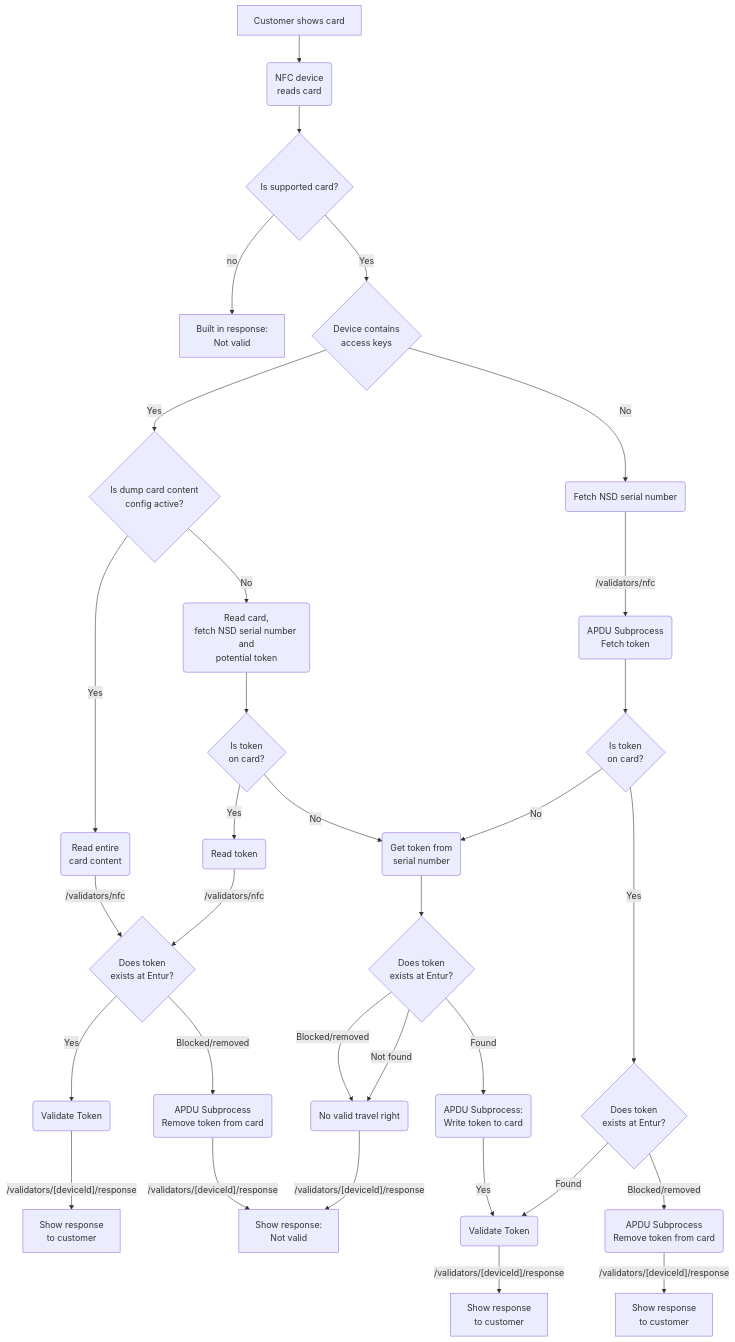
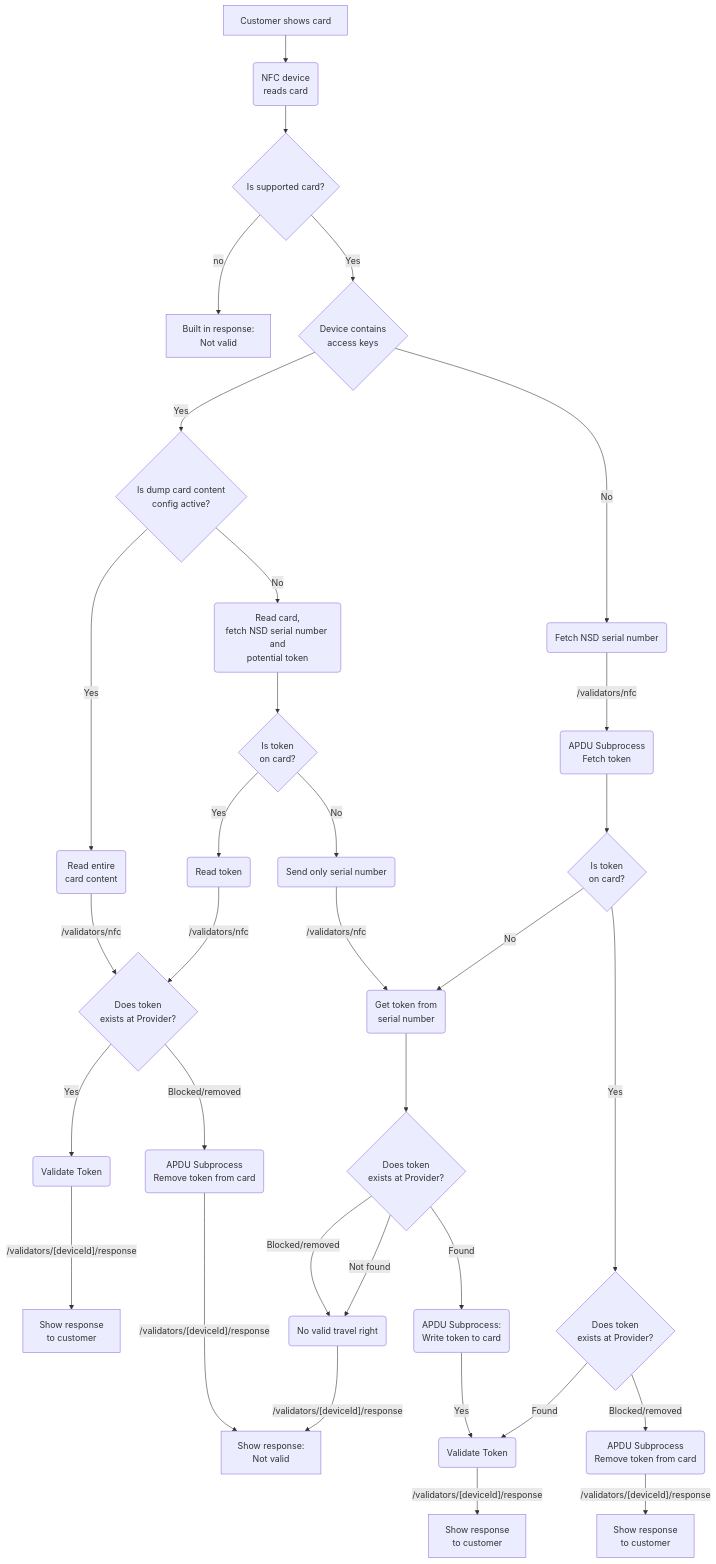
Before and after one commit to mrfylke/frammr-mqtt-validator: the diagram in specifications/validators/nfc/nfc.md, drawn with Mermaid. The commit also changed other lines of this file, not shown here.

Commit message:
docs: improves docs for nfc flow

````diff
--- a/specifications/validators/nfc/nfc.md
+++ b/specifications/validators/nfc/nfc.md
@@ -72,51 +73,53 @@
 ```mermaid
 flowchart TD
     A[Customer shows card] --> B(NFC device\nreads card)
 
     B --> B1{Is supported card?}
     B1 -->|no| ResponseInvalid_0[Built in response:\n Not valid]
 
 
     B1 -->|Yes| C{Device contains\naccess keys}
 
     C -->|Yes| AC1_Dump{Is dump card content\nconfig active?}
     AC1_Dump -->|Yes| AC1_Dump_1(Read entire\ncard content)
 
     AC1_Dump_1 -->|/validators/nfc|AC4
 
     AC1_Dump -->|No| AC1(Read card,\nfetch NSD serial number and\npotential token)
     AC1 --> AC2{Is token\non card?}
     AC2 -->|Yes| AC3(Read token)
 
-    AC3 -->|/validators/nfc| AC4{Does token\nexists at Entur?}
+    AC3 -->|/validators/nfc| AC4{Does token\nexists at Provider?}
     AC4 -->|Yes| AC5(Validate Token)
     AC5 -->|"/validators/[deviceId]/response"| AC6[Show response\nto customer]
     AC4 -->|Blocked/removed| AC7(APDU Subprocess\nRemove token from card)
     AC7 -->|"/validators/[deviceId]/response"| ResponseInvalid
 
 
     C -->|No| NAC1(Fetch NSD serial number)
     NAC1 -->|/validators/nfc| NAC2(APDU Subprocess\nFetch token)
     NAC2 --> NAC3{Is token\non card?}
 
-    AC2 -->|No| NoToken(Get token from\nserial number)
+
+    AC2 -->|No| AC2_Get(Send only serial number)
+    AC2_Get -->|/validators/nfc| NoToken(Get token from\nserial number)
 
     NAC3 -->|No| NoToken
-    NAC3 -->|Yes| NACToken1{Does token\nexists at Entur?}
+    NAC3 -->|Yes| NACToken1{Does token\nexists at Provider?}
 
     NACToken1 -->|Blocked/removed| NACToken1No(APDU Subprocess\nRemove token from card)
     NACToken1No  -->|"/validators/[deviceId]/response"| NACToken1NoResponse[Show response\nto customer]
 
-    NoToken --> FetchTokenStatus{Does token\nexists at Entur?}
+    NoToken --> FetchTokenStatus{Does token\nexists at Provider?}
     FetchTokenStatus-->|Blocked/removed| FetchTokenInvalid(No valid travel right)
     FetchTokenStatus-->|Not found| FetchTokenInvalid
     FetchTokenInvalid -->|"/validators/[deviceId]/response"| ResponseInvalid[Show response:\n Not valid]
 
     FetchTokenStatus-->|Found| FetchTokenFound(APDU Subprocess:\nWrite token to card)
 
     FetchTokenFound -->|Yes| FetchTokenFoundValidate(Validate Token)
     FetchTokenFoundValidate -->|"/validators/[deviceId]/response"| FetchTokenResponse[Show response\nto customer]
 
     NACToken1 -->|Found| FetchTokenFoundValidate
 
 ```
````
